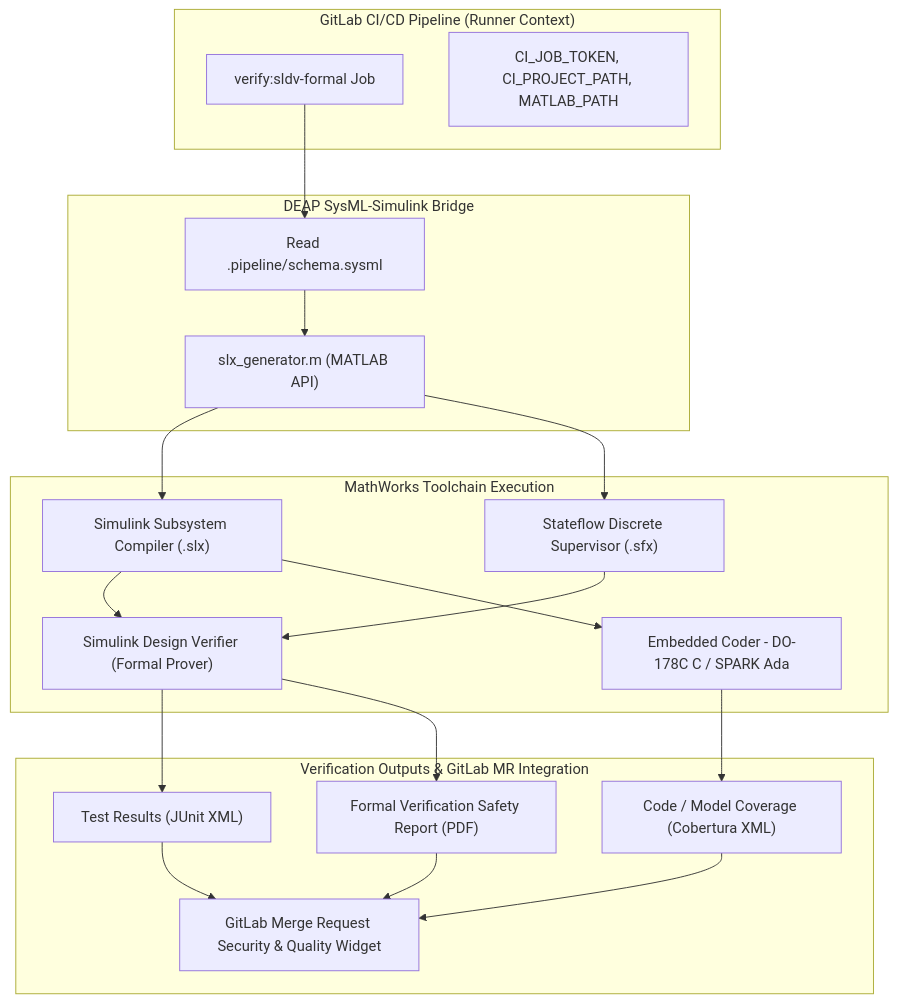
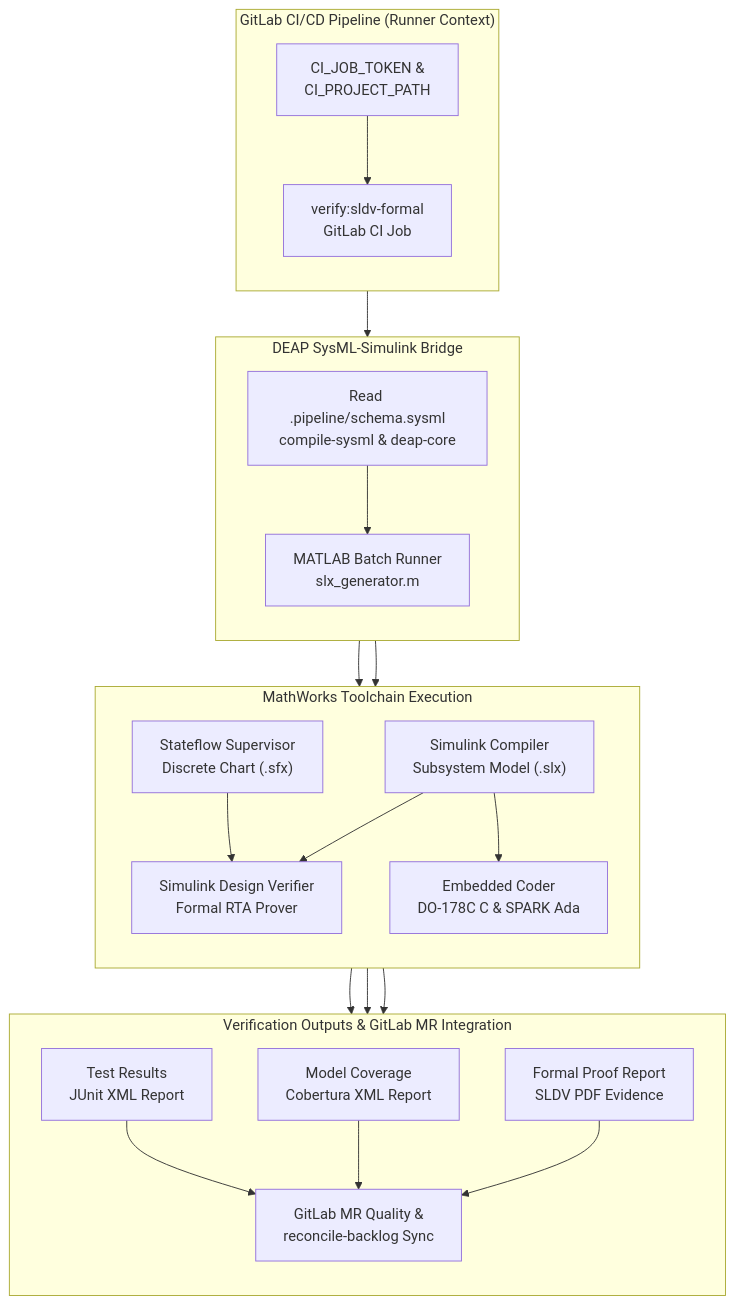
One commit to gintatkinson/DEAP01-spec-core changed diagram 18 of 19 in docs/architecture/blueprints/MULTI_PROVIDER_GITLAB_INFRASTRUCTURE_ARCHITECTURE.md. Above: the diagram before and after it, drawn with Mermaid. The commit also changed other lines of this file and 28 other files, not shown here.

Commit message:
feat(verify-baseline,deap-core,compile-sysml): implement Option C blueprint capabilities and Check 37 blueprint grounding gate

````diff
--- a/docs/architecture/blueprints/MULTI_PROVIDER_GITLAB_INFRASTRUCTURE_ARCHITECTURE.md
+++ b/docs/architecture/blueprints/MULTI_PROVIDER_GITLAB_INFRASTRUCTURE_ARCHITECTURE.md
@@ -1580,43 +1408,48 @@
 ```mermaid
-flowchart TB
+flowchart TD
     subgraph GitLab_CI ["GitLab CI/CD Pipeline (Runner Context)"]
-        GitLab_Job["verify:sldv-formal Job"]
-        Env_Vars["CI_JOB_TOKEN, CI_PROJECT_PATH, MATLAB_PATH"]
+        direction TB
+        GitLab_Job["verify:sldv-formal<br/>GitLab CI Job"]
+        Env_Vars["CI_JOB_TOKEN &<br/>CI_PROJECT_PATH"]
     end
 
     subgraph SysML_Bridge ["DEAP SysML-Simulink Bridge"]
-        AST_Reader["Read .pipeline/schema.sysml"]
-        SLX_Generator["slx_generator.m (MATLAB API)"]
+        direction TB
+        AST_Reader["Read .pipeline/schema.sysml<br/>compile-sysml & deap-core"]
+        SLX_Generator["MATLAB Batch Runner<br/>slx_generator.m"]
     end
 
     subgraph MathWorks_Suite ["MathWorks Toolchain Execution"]
-        Simulink_Engine["Simulink Subsystem Compiler (.slx)"]
-        Stateflow_Engine["Stateflow Discrete Supervisor (.sfx)"]
-        SLDV_Engine["Simulink Design Verifier (Formal Prover)"]
-        Embedded_Coder["Embedded Coder - DO-178C C / SPARK Ada"]
+        direction TB
+        Simulink_Engine["Simulink Compiler<br/>Subsystem Model (.slx)"]
+        Stateflow_Engine["Stateflow Supervisor<br/>Discrete Chart (.sfx)"]
+        SLDV_Engine["Simulink Design Verifier<br/>Formal RTA Prover"]
+        Embedded_Coder["Embedded Coder<br/>DO-178C C & SPARK Ada"]
     end
 
     subgraph Verification_Outputs ["Verification Outputs & GitLab MR Integration"]
-        JUnit_XML["Test Results (JUnit XML)"]
-        Cobertura_XML["Code / Model Coverage (Cobertura XML)"]
-        SLDV_PDF["Formal Verification Safety Report (PDF)"]
-        GL_MR_Widget["GitLab Merge Request Security & Quality Widget"]
+        direction TB
+        JUnit_XML["Test Results<br/>JUnit XML Report"]
+        Cobertura_XML["Model Coverage<br/>Cobertura XML Report"]
+        SLDV_PDF["Formal Proof Report<br/>SLDV PDF Evidence"]
+        GL_MR_Widget["GitLab MR Quality &<br/>reconcile-backlog Sync"]
     end
 
     GitLab_Job --> AST_Reader
+    Env_Vars --> GitLab_Job
     AST_Reader --> SLX_Generator
     SLX_Generator --> Simulink_Engine
     SLX_Generator --> Stateflow_Engine
 
     Simulink_Engine --> SLDV_Engine
     Stateflow_Engine --> SLDV_Engine
     Simulink_Engine --> Embedded_Coder
 
     SLDV_Engine --> JUnit_XML
     SLDV_Engine --> SLDV_PDF
     Embedded_Coder --> Cobertura_XML
 
     JUnit_XML --> GL_MR_Widget
     Cobertura_XML --> GL_MR_Widget
     SLDV_PDF --> GL_MR_Widget
 ```
````
